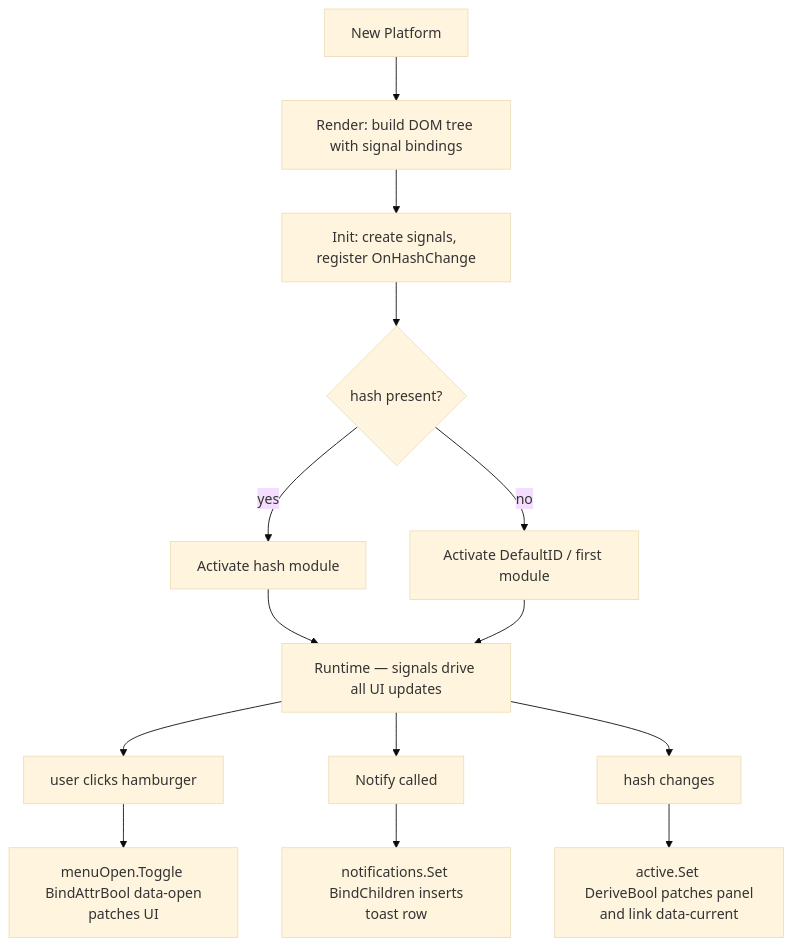
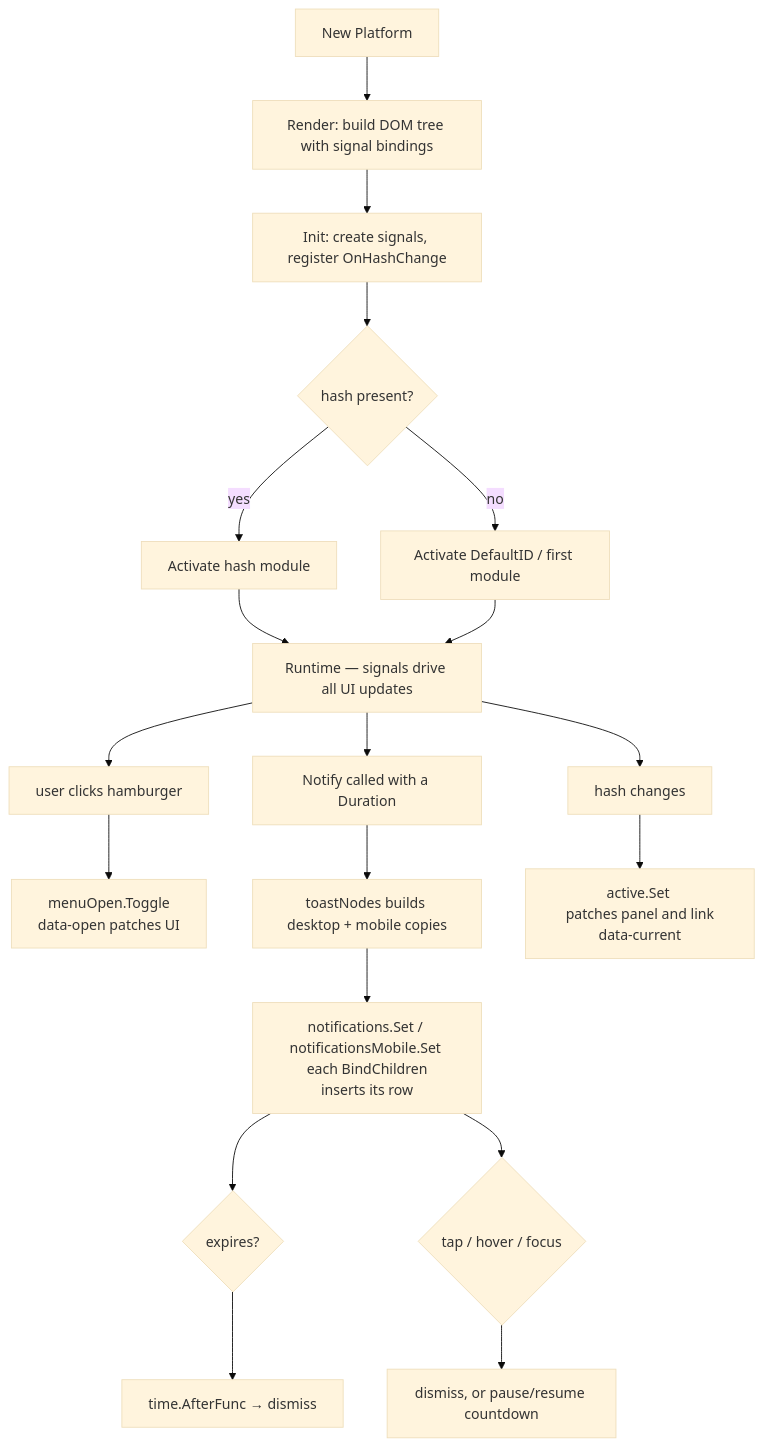
One commit to tinywasm/layout changed the diagram in platformd/docs/ARCHITECTURE.md. Above: the diagram before and after it, drawn with Mermaid (base theme). The commit also changed other lines of this file and 12 other files, not shown here.

````diff
--- a/platformd/docs/ARCHITECTURE.md
+++ b/platformd/docs/ARCHITECTURE.md
@@ -82,12 +120,15 @@
 ```mermaid
 flowchart TD
     A[New Platform] --> B[Render: build DOM tree with signal bindings]
     B --> C[Init: create signals, register OnHashChange]
     C --> D{hash present?}
     D -- yes --> E[Activate hash module]
     D -- no --> F[Activate DefaultID / first module]
     E & F --> G[Runtime — signals drive all UI updates]
-    G --> H[user clicks hamburger] --> I[menuOpen.Toggle <br/> BindAttrBool data-open patches UI]
-    G --> J[Notify called] --> K[notifications.Set <br/> BindChildren inserts toast row]
-    G --> L[hash changes] --> M[active.Set <br/> DeriveBool patches panel and link data-current]
+    G --> H[user clicks hamburger] --> I[menuOpen.Toggle <br/> data-open patches UI]
+    G --> J[Notify called with a Duration] --> K[toastNodes builds desktop + mobile copies]
+    K --> L[notifications.Set / notificationsMobile.Set <br/> each BindChildren inserts its row]
+    L --> M{expires?} --> N[time.AfterFunc → dismiss]
+    L --> O{tap / hover / focus} --> P[dismiss, or pause/resume countdown]
+    G --> Q[hash changes] --> R[active.Set <br/> patches panel and link data-current]
 ```
````
